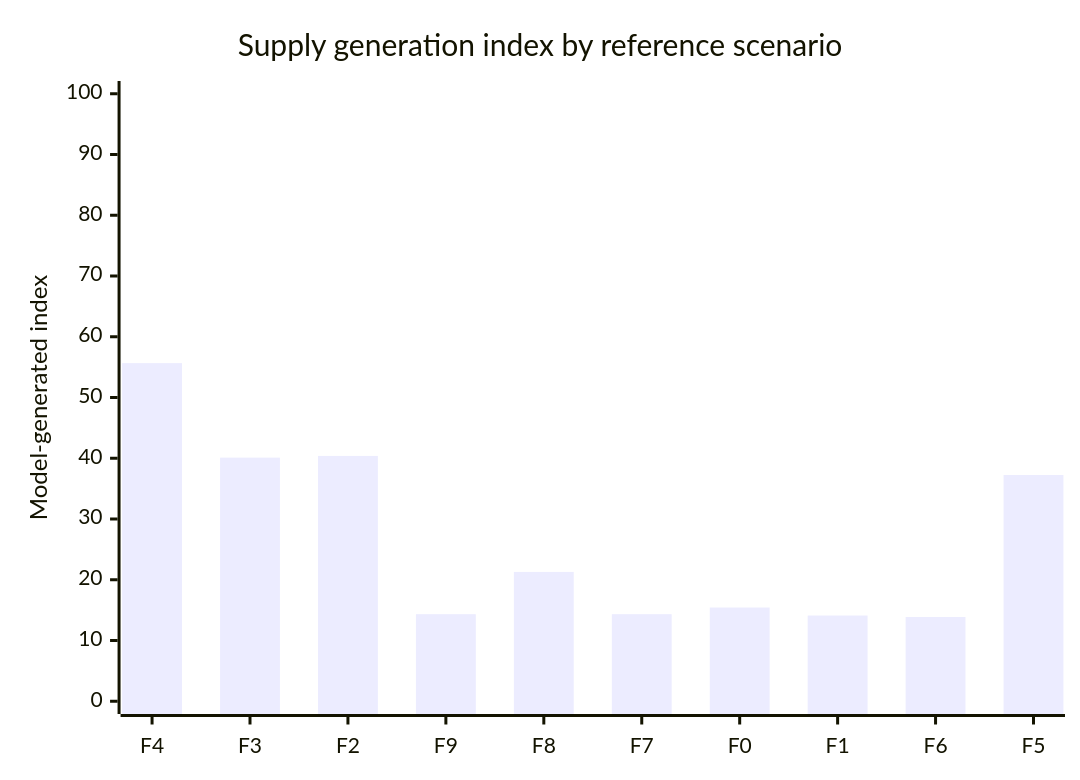
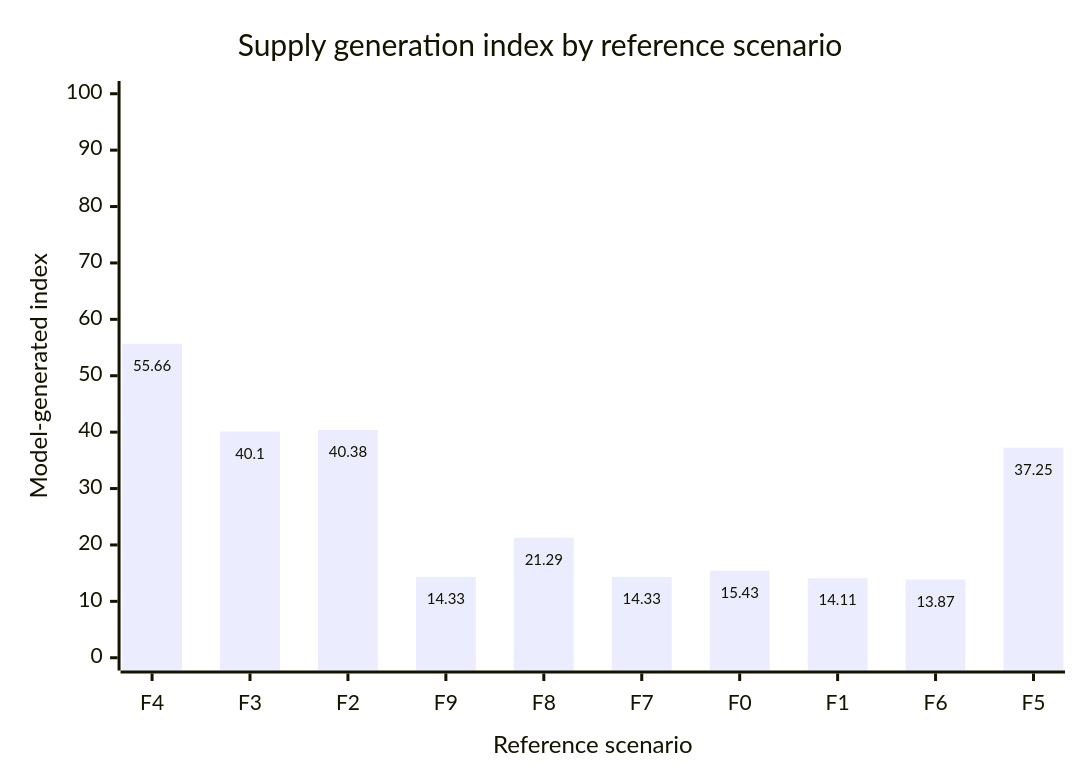
Before and after one commit to edithatogo/gtpcnz: the eighth of 8 diagrams in reports/primary_care_architecture.qmd, drawn with Mermaid. The commit also changed other lines of this file and 266 other files, not shown here.

````diff
--- a/reports/primary_care_architecture.qmd
+++ b/reports/primary_care_architecture.qmd
@@ -289,7 +294,12 @@
 ```{mermaid}
+---
+config:
+  xyChart:
+    showDataLabel: true
+---
 xychart-beta
   title "Supply generation index by reference scenario"
-  x-axis ["F4","F3","F2","F9","F8","F7","F0","F1","F6","F5"]
+  x-axis "Reference scenario" ["F4","F3","F2","F9","F8","F7","F0","F1","F6","F5"]
   y-axis "Model-generated index" 0 --> 100
   bar [55.66,40.10,40.38,14.33,21.29,14.33,15.43,14.11,13.87,37.25]
 ```
````
